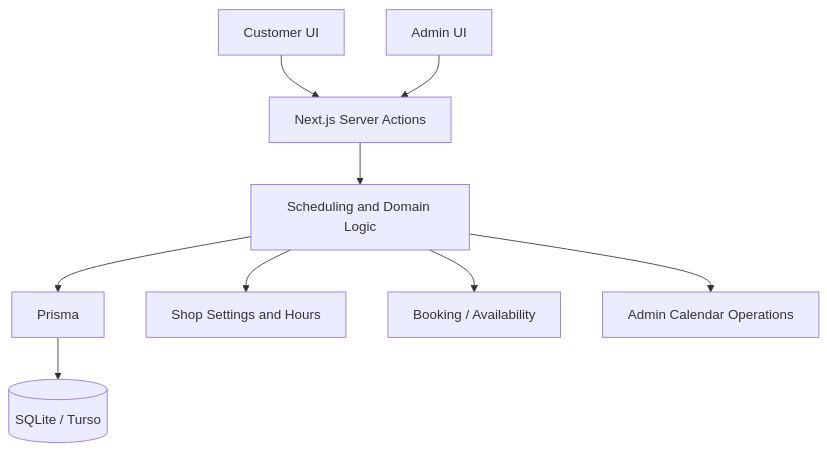
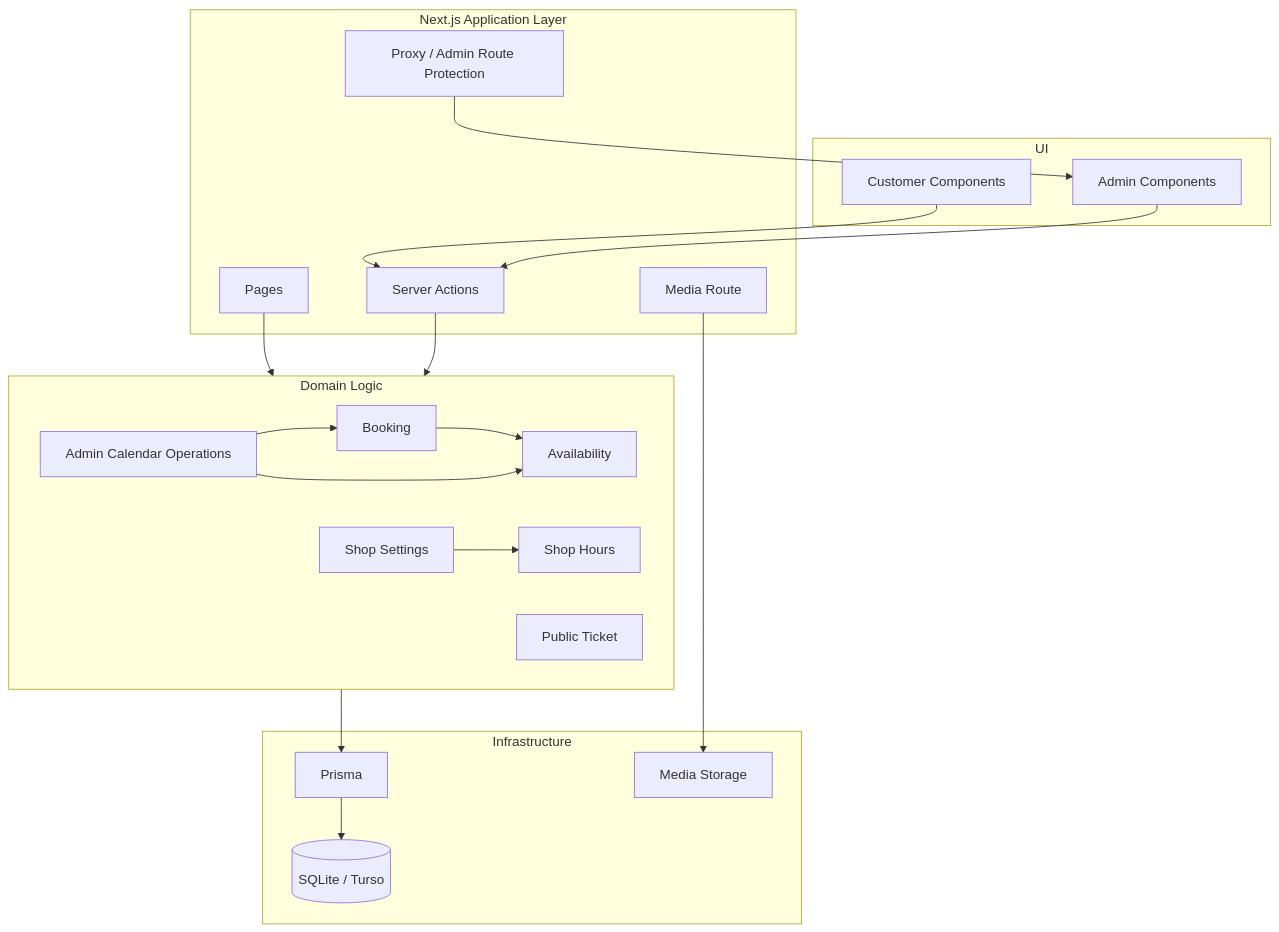
The first of 2 diagrams in README.md (SabagOded/barber-booking-system), drawn with Mermaid before and after one commit. The commit also changed other lines of this file, not shown here.

````diff
--- a/README.md
+++ b/README.md
@@ -28,11 +129,44 @@
 ```mermaid
 flowchart TD
-    C[Customer UI] --> A[Next.js Server Actions]
-    M[Admin UI] --> A
-    A --> D[Scheduling and Domain Logic]
-    D --> P[Prisma]
-    P --> DB[(SQLite / Turso)]
-    D --> S[Shop Settings and Hours]
-    D --> B[Booking / Availability]
-    D --> R[Admin Calendar Operations]
+    subgraph UI[UI]
+        C[Customer Components]
+        A[Admin Components]
+    end
+
+    subgraph Transport[Next.js Application Layer]
+        P[Pages]
+        SA[Server Actions]
+        PX[Proxy / Admin Route Protection]
+        MR[Media Route]
+    end
+
+    subgraph Domain[Domain Logic]
+        BK[Booking]
+        AV[Availability]
+        AD[Admin Calendar Operations]
+        SH[Shop Hours]
+        SS[Shop Settings]
+        PT[Public Ticket]
+    end
+
+    subgraph Infrastructure[Infrastructure]
+        PR[Prisma]
+        DB[(SQLite / Turso)]
+        MS[Media Storage]
+    end
+
+    C --> SA
+    A --> SA
+    P --> Domain
+    SA --> Domain
+    PX --> A
+    MR --> MS
+
+    BK --> AV
+    AD --> AV
+    AD --> BK
+    SS --> SH
+
+    Domain --> PR
+    PR --> DB
 ```
````
